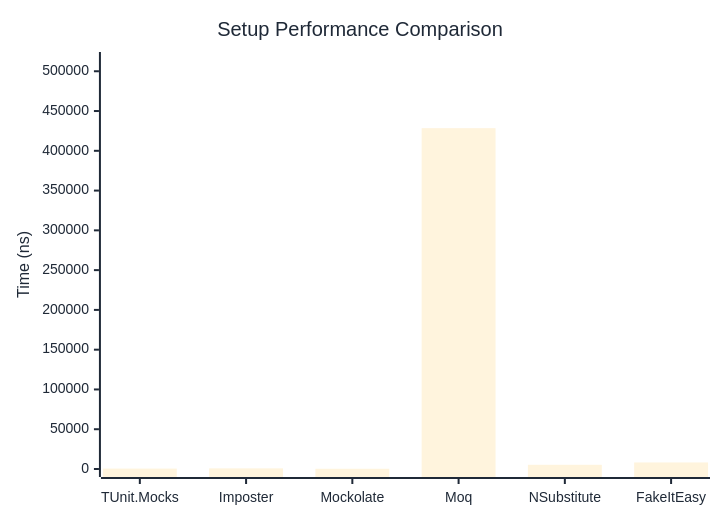
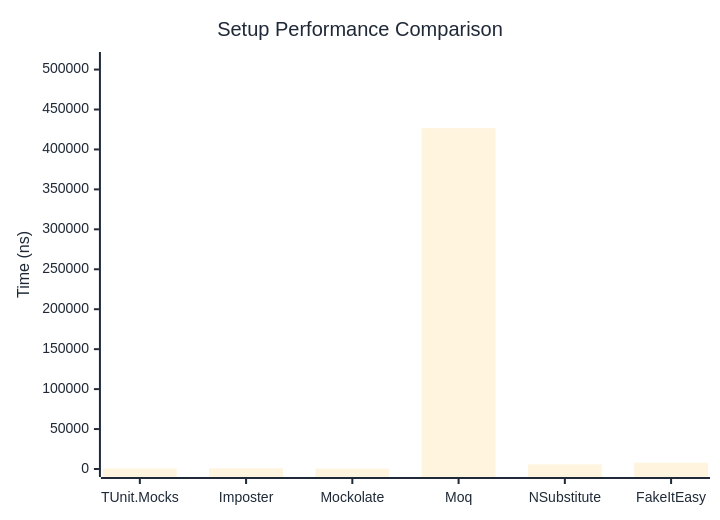
One commit to thomhurst/TUnit changed the first of 2 diagrams in docs/docs/benchmarks/mocks/Setup.md. Above: the diagram before and after it, drawn with Mermaid. The commit also changed other lines of this file and 14 other files, not shown here.

````diff
--- a/docs/docs/benchmarks/mocks/Setup.md
+++ b/docs/docs/benchmarks/mocks/Setup.md
@@ -30,27 +30,27 @@
 ```mermaid
 %%{init: {
   'theme':'base',
   'themeVariables': {
     'primaryColor': '#2563eb',
     'primaryTextColor': '#1f2937',
     'primaryBorderColor': '#1e40af',
     'lineColor': '#6b7280',
     'secondaryColor': '#7c3aed',
     'tertiaryColor': '#dc2626',
     'background': '#ffffff',
     'pie1': '#2563eb',
     'pie2': '#7c3aed',
     'pie3': '#dc2626',
     'pie4': '#f59e0b',
     'pie5': '#10b981',
     'pie6': '#06b6d4',
     'pie7': '#ec4899',
     'pie8': '#6366f1'
   }
 }}%%
 xychart-beta
   title "Setup Performance Comparison"
   x-axis ["TUnit.Mocks", "Imposter", "Mockolate", "Moq", "NSubstitute", "FakeItEasy"]
-  y-axis "Time (ns)" 0 --> 514153
-  bar [516.2, 820.1, 305.8, 428460.7, 5284.6, 8235.5]
+  y-axis "Time (ns)" 0 --> 511966
+  bar [506.7, 827.1, 348.1, 426638.2, 5691.2, 7858.5]
 ```
````
